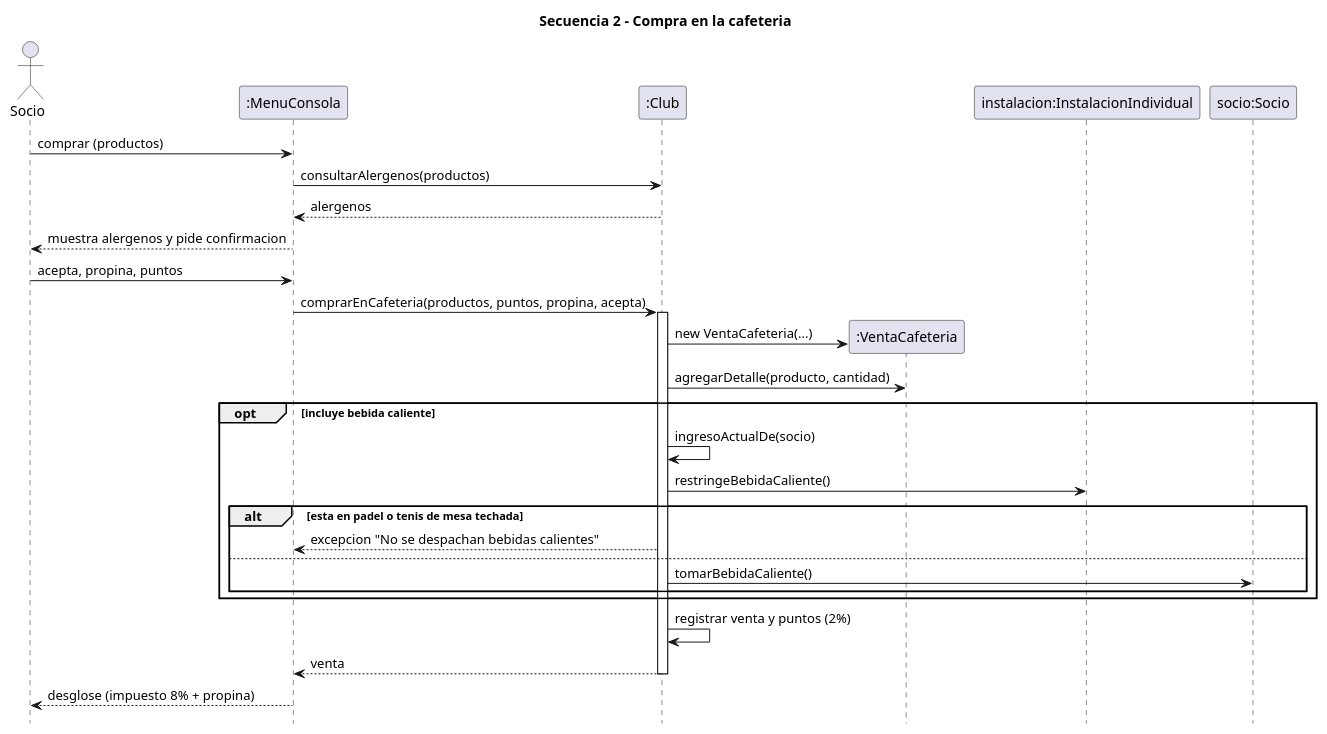
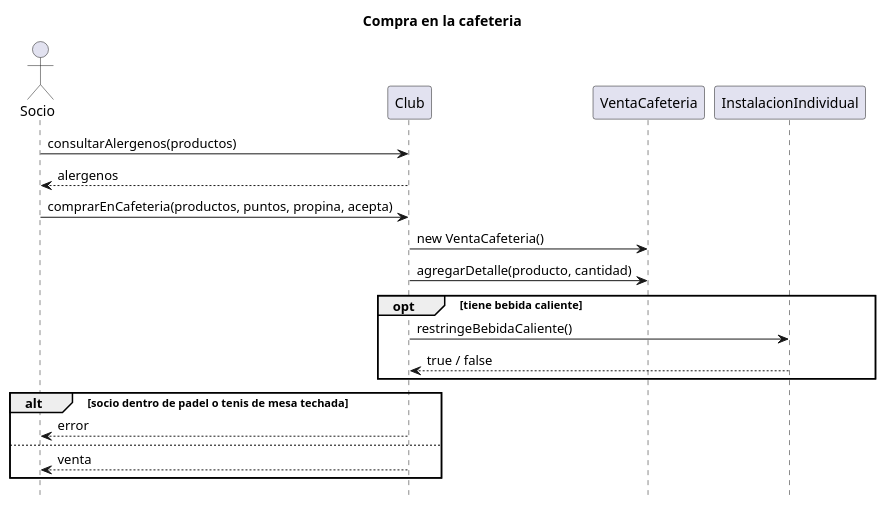
The diagram in Proyecto 1/Entrega 2/ClubDeportivoseneca/diagramas/secuencia/CDS_SEC_2_compra_cafeteria.puml (alejandrod-24/G03-ClubDeportivo), drawn with PlantUML before and after one commit. The commit also changed 11 other files, not shown here.

Commit message:
diagramas secuencia

```diff
--- a/Proyecto 1/Entrega 2/ClubDeportivoseneca/diagramas/secuencia/CDS_SEC_2_compra_cafeteria.puml
+++ b/Proyecto 1/Entrega 2/ClubDeportivoseneca/diagramas/secuencia/CDS_SEC_2_compra_cafeteria.puml
@@ -1,36 +1,24 @@
 @startuml
-' Club Deportivo Séneca - Secuencia 2: compra en la cafeteria (RF-SOC-15)
-title Secuencia 2 - Compra en la cafeteria
+title Compra en la cafeteria
 hide footbox
-skinparam shadowing false
 
-actor Socio as U
-participant ":MenuConsola" as M
-participant ":Club" as C
-participant ":VentaCafeteria" as V
-participant "instalacion:InstalacionIndividual" as I
-participant "socio:Socio" as S
+actor Socio
+participant Club
+participant VentaCafeteria
+participant InstalacionIndividual
 
-U -> M : comprar (productos)
-M -> C : consultarAlergenos(productos)
-C --> M : alergenos
-M --> U : muestra alergenos y pide confirmacion
-U -> M : acepta, propina, puntos
-M -> C : comprarEnCafeteria(productos, puntos, propina, acepta)
-activate C
-C -> V ** : new VentaCafeteria(...)
-C -> V : agregarDetalle(producto, cantidad)
-opt incluye bebida caliente
-  C -> C : ingresoActualDe(socio)
-  C -> I : restringeBebidaCaliente()
-  alt esta en padel o tenis de mesa techada
-    C --> M : excepcion "No se despachan bebidas calientes"
-  else
-    C -> S : tomarBebidaCaliente()
-  end
+Socio -> Club : consultarAlergenos(productos)
+Club --> Socio : alergenos
+Socio -> Club : comprarEnCafeteria(productos, puntos, propina, acepta)
+Club -> VentaCafeteria : new VentaCafeteria()
+Club -> VentaCafeteria : agregarDetalle(producto, cantidad)
+opt tiene bebida caliente
+  Club -> InstalacionIndividual : restringeBebidaCaliente()
+  InstalacionIndividual --> Club : true / false
 end
-C -> C : registrar venta y puntos (2%)
-C --> M : venta
-deactivate C
-M --> U : desglose (impuesto 8% + propina)
+alt socio dentro de padel o tenis de mesa techada
+  Club --> Socio : error
+else
+  Club --> Socio : venta
+end
 @enduml
```
